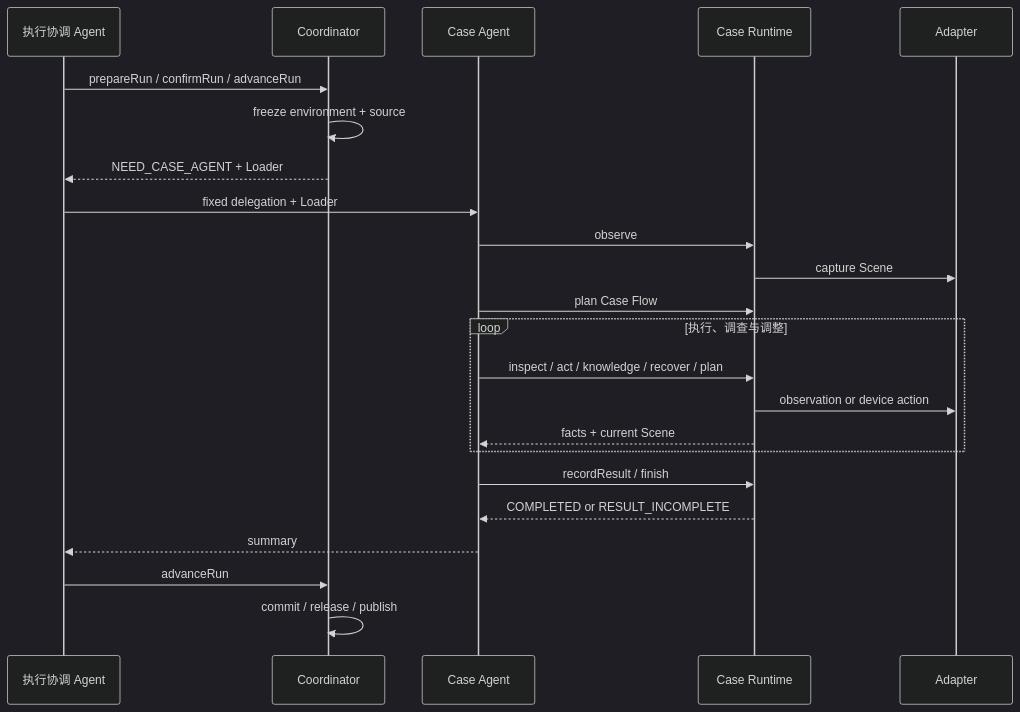
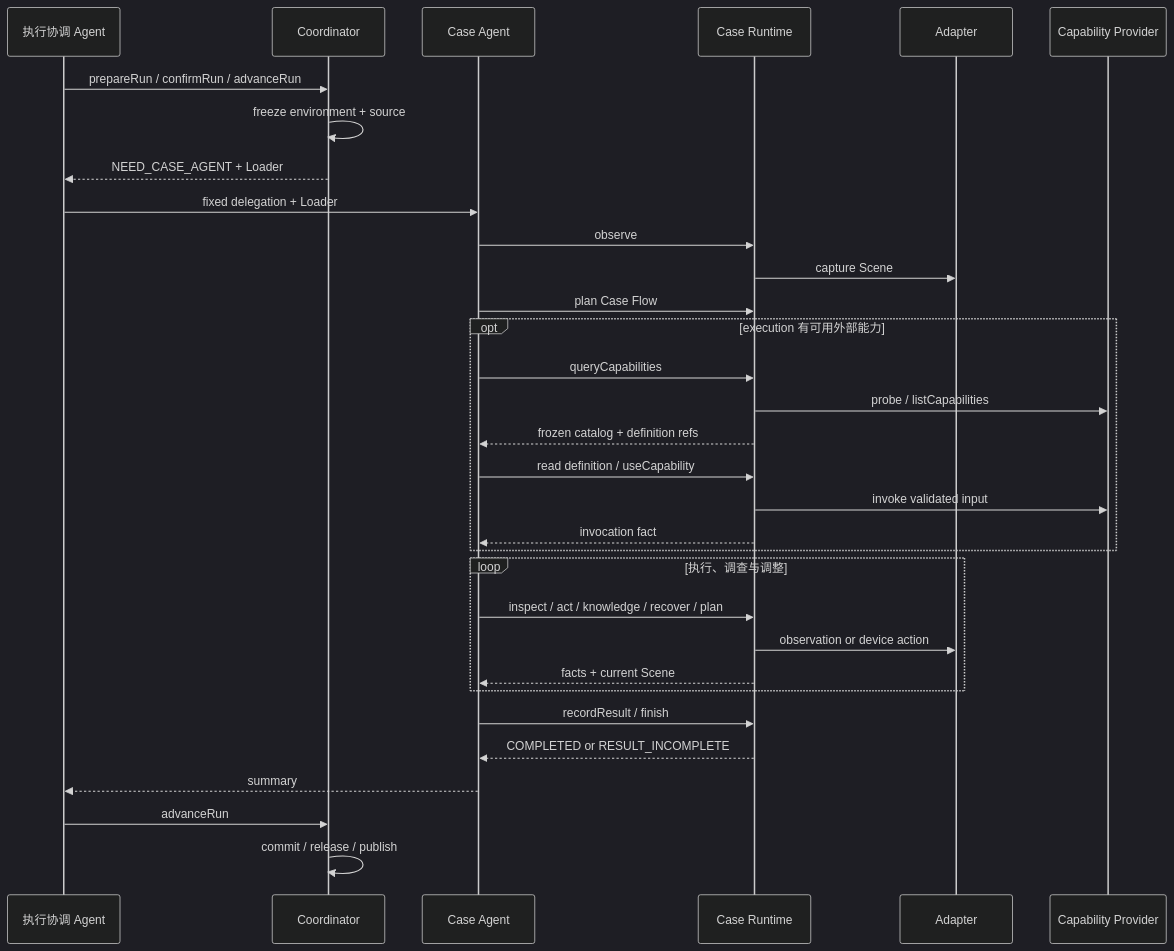
The second of 2 diagrams in skills/mobile-ai-visual-test/docs/architecture.md (lianghuihui-plus/DevKit), drawn with Mermaid (dark theme) before and after one commit. The commit also changed other lines of this file and 6 other files, not shown here.

Commit message:
docs(mavt): consolidate architecture documentation

````diff
--- a/skills/mobile-ai-visual-test/docs/architecture.md
+++ b/skills/mobile-ai-visual-test/docs/architecture.md
@@ -69,26 +72,35 @@
 ```mermaid
 sequenceDiagram
   participant M as 执行协调 Agent
   participant C as Coordinator
   participant A as Case Agent
   participant R as Case Runtime
   participant D as Adapter
+  participant X as Capability Provider
 
   M->>C: prepareRun / confirmRun / advanceRun
   C->>C: freeze environment + source
   C-->>M: NEED_CASE_AGENT + Loader
   M->>A: fixed delegation + Loader
   A->>R: observe
   R->>D: capture Scene
   A->>R: plan Case Flow
+  opt execution 有可用外部能力
+    A->>R: queryCapabilities
+    R->>X: probe / listCapabilities
+    R-->>A: frozen catalog + definition refs
+    A->>R: read definition / useCapability
+    R->>X: invoke validated input
+    R-->>A: invocation fact
+  end
   loop 执行、调查与调整
     A->>R: inspect / act / knowledge / recover / plan
     R->>D: observation or device action
     R-->>A: facts + current Scene
   end
   A->>R: recordResult / finish
   R-->>A: COMPLETED or RESULT_INCOMPLETE
   A-->>M: summary
   M->>C: advanceRun
   C->>C: commit / release / publish
 ```
````
